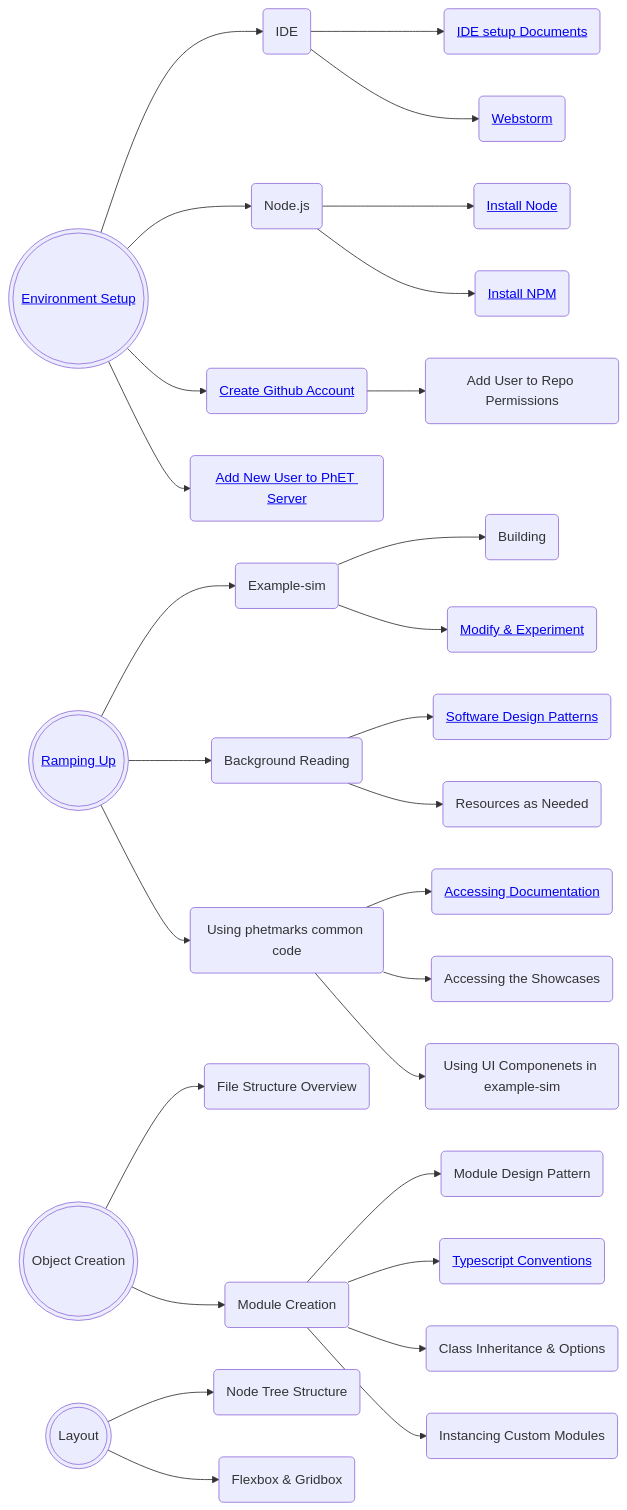
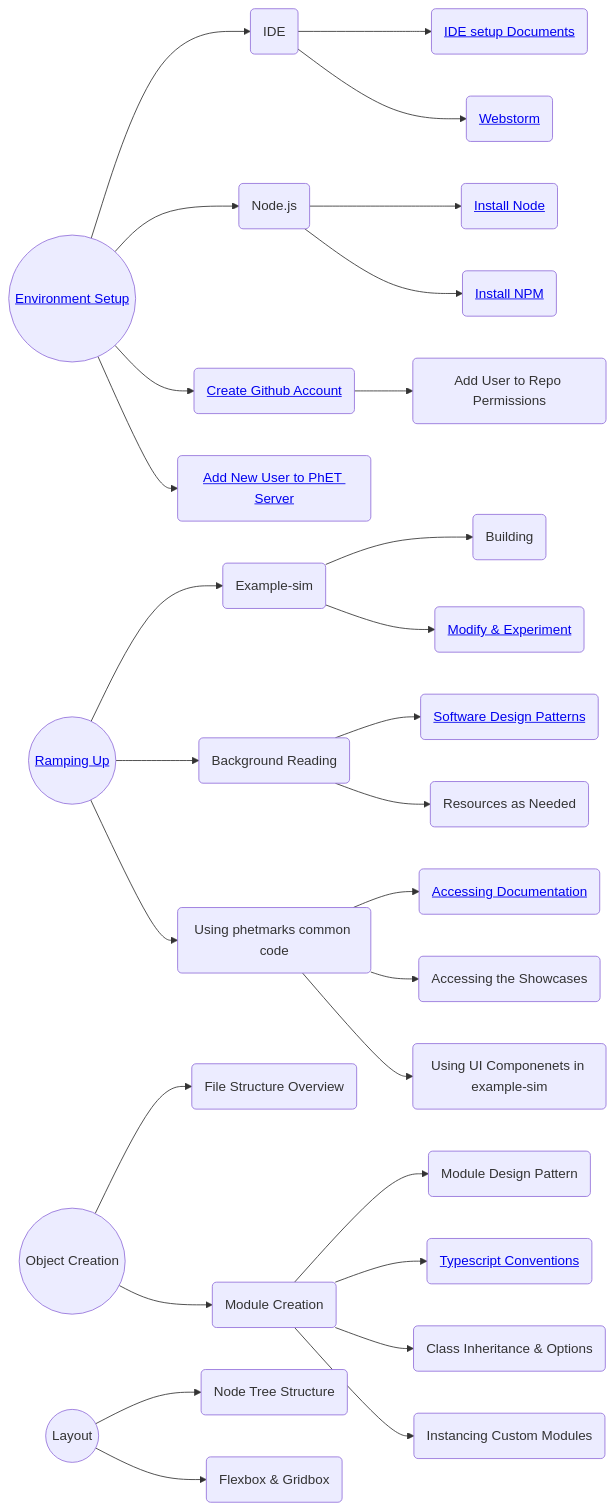
One commit to phetsims/phet-info changed the diagram in doc/new-dev-onboarding.md. Above: the diagram before and after it, drawn with Mermaid. The commit also changed other lines of this file, not shown here.

Commit message:
Fix mermaid syntax to work with intelli-j, see: https://github.com/phetsims/phet-info/issues/192

````diff
--- a/doc/new-dev-onboarding.md
+++ b/doc/new-dev-onboarding.md
@@ -200,18 +200,18 @@
 ```mermaid
-flowchart LR
-  A(((<a href='https://github.com/phetsims/phet-info/blob/master/doc/new-dev-onboarding.md#env-setup'>Environment Setup</a>)))
-  B(((<a href='https://github.com/phetsims/phet-info/blob/master/doc/new-dev-onboarding.md#ramping-up'>Ramping Up</a>)))
-  C(((Object Creation)))
-  D(((Layout)))
+graph LR
+  A((<a href='https://github.com/phetsims/phet-info/blob/master/doc/new-dev-onboarding.md#env-setup'>Environment Setup</a>))
+  B((<a href='https://github.com/phetsims/phet-info/blob/master/doc/new-dev-onboarding.md#ramping-up'>Ramping Up</a>))
+  C((Object Creation))
+  D((Layout))
   A-->A1(IDE) & A2(Node.js) & A3(<a href='https://github.com/join'>Create Github Account</a>) & A4(<a href='https://github.com/phetsims/website#adding-new-users-to-phets-servers-so-a-user-can-upload-a-dev-version-or-participate-in-web-developmen'>Add New User to PhET Server</a>)
   A1-->A1.1(<a href='https://github.com/phetsims/phet-info/tree/master/ide'>IDE setup Documents</a>) & A1.2(<a href='https://www.jetbrains.com/webstorm/'>Webstorm</a>)
   A2-->A2.1(<a href='https://nodejs.org/en/download/'>Install Node</a>) & A2.2(<a href='https://docs.npmjs.com/cli/v8/commands/npm-install'>Install NPM</a>)
   A3-->A3.1(Add User to Repo Permissions)
   B-->B1(Example-sim) & B2(Background Reading) & B3(Using phetmarks common code)
   B1-->B1.1(Building) & B1.2(<a href='https://github.com/phetsims/phet-info/blob/master/doc/phet-dev-excercises.md'>Modify & Experiment</a>)
   B2-->B2.1(<a href='https://github.com/phetsims/phet-info/blob/master/doc/phet-software-design-patterns.md'>Software Design Patterns</a>) & B2.2(Resources as Needed)
   B3-->B3.1(<a href='https://github.com/phetsims/phet-info/blob/master/doc/new-dev-onboarding.md#helpful-docs'>Accessing Documentation</a>) & B3.2(Accessing the Showcases) & B3.3(Using UI Componenets in example-sim)
   C-->C1(File Structure Overview) & C2(Module Creation)
   C2-->C2.1(Module Design Pattern) & C2.2(<a href='https://github.com/phetsims/phet-info/blob/master/doc/typescript-conventions.md'>Typescript Conventions</a>) & C2.3(Class Inheritance & Options) & C2.4(Instancing Custom Modules)
   D-->D1(Node Tree Structure) & D2(Flexbox & Gridbox)
 ```
````
